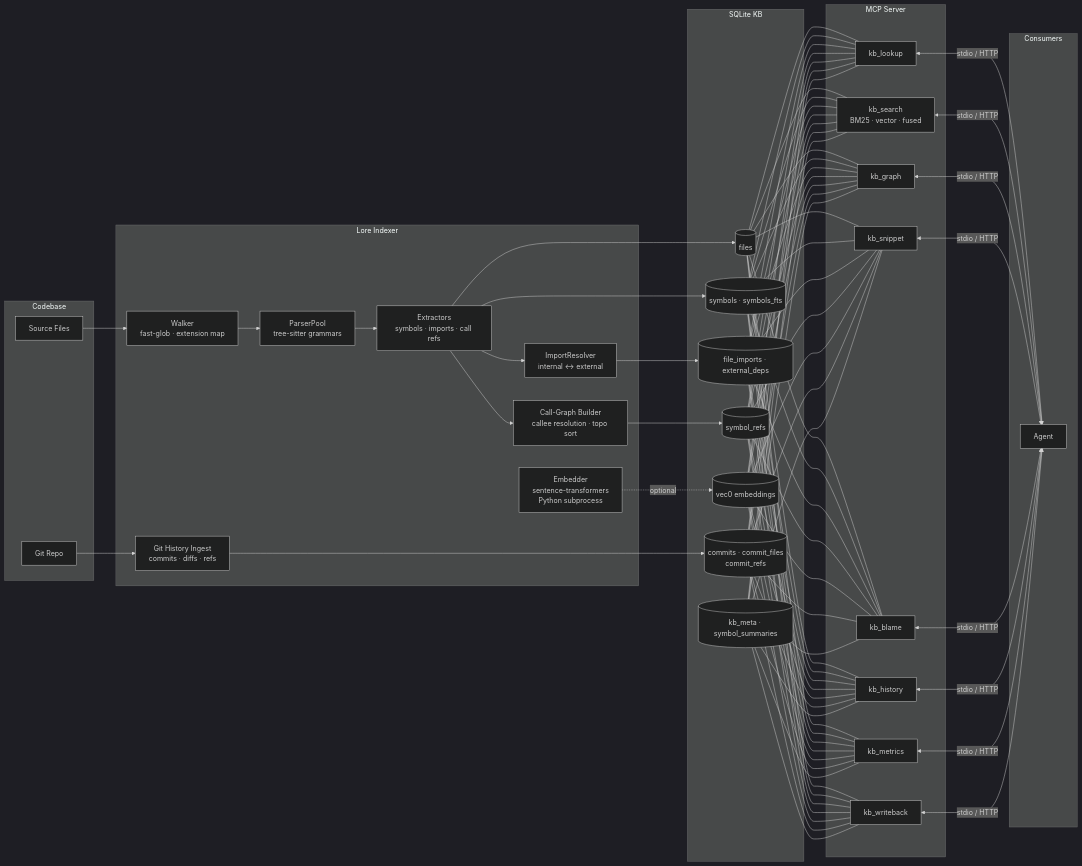
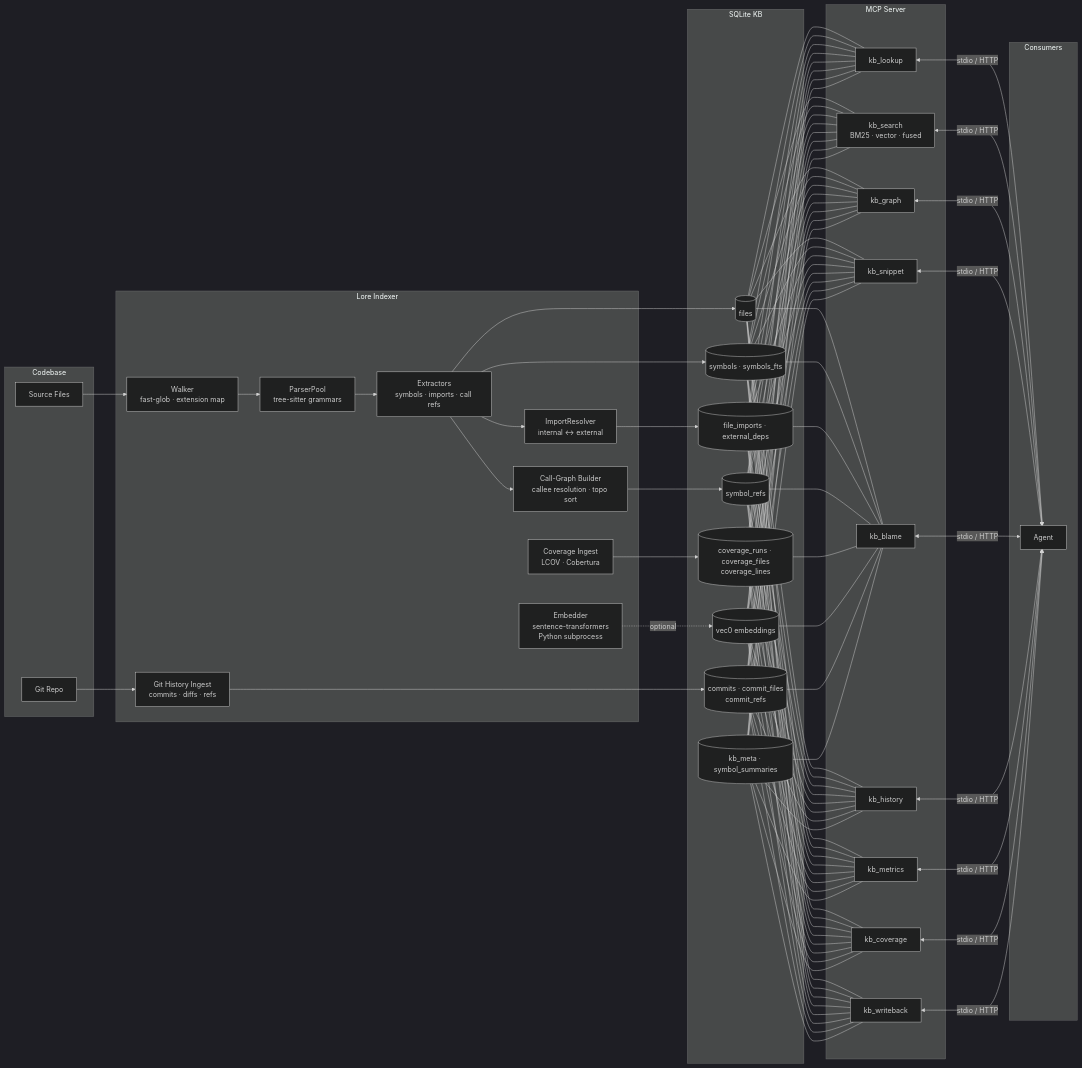
The diagram in docs/architecture.md (jafreck/Lore), drawn with Mermaid (dark theme) before and after one commit. The commit also changed other lines of this file and 21 other files, not shown here.

````diff
--- a/docs/architecture.md
+++ b/docs/architecture.md
@@ -7,53 +7,57 @@
 ```mermaid
 flowchart LR
     subgraph Codebase
         SRC[Source Files]
         GIT[Git Repo]
     end
 
     subgraph Lore Indexer
         WALK[Walker<br/>fast-glob · extension map]
         PARSE[ParserPool<br/>tree-sitter grammars]
         EXTRACT[Extractors<br/>symbols · imports · call refs]
         RESOLVE[ImportResolver<br/>internal ↔ external]
         CALLGRAPH[Call-Graph Builder<br/>callee resolution · topo sort]
+        COVER[Coverage Ingest<br/>LCOV · Cobertura]
         EMBED[Embedder<br/>sentence-transformers<br/>Python subprocess]
         GITHIST[Git History Ingest<br/>commits · diffs · refs]
     end
 
     subgraph SQLite KB
         FILES[(files)]
         SYM[(symbols · symbols_fts)]
         IMP[(file_imports · external_deps)]
         REFS[(symbol_refs)]
+        COV[(coverage_runs · coverage_files<br/>coverage_lines)]
         VEC[(vec0 embeddings)]
         HIST[(commits · commit_files<br/>commit_refs)]
         META[(kb_meta · symbol_summaries)]
     end
 
     subgraph MCP Server
         LOOKUP[kb_lookup]
         SEARCH[kb_search<br/>BM25 · vector · fused]
         GRAPH[kb_graph]
         SNIPPET[kb_snippet]
         BLAME[kb_blame]
         HISTORY[kb_history]
         METRICS[kb_metrics]
+        KB_COVERAGE[kb_coverage]
         WRITEBACK[kb_writeback]
     end
 
     subgraph Consumers
         AGENT[Agent]
     end
 
     SRC --> WALK --> PARSE --> EXTRACT
     EXTRACT --> RESOLVE --> IMP
     EXTRACT --> CALLGRAPH --> REFS
     EXTRACT --> FILES & SYM
+    COVER --> COV
     EMBED -.->|optional| VEC
     GIT --> GITHIST --> HIST
 
-    FILES & SYM & IMP & REFS & VEC & HIST & META --- LOOKUP & SEARCH & GRAPH & SNIPPET & BLAME & HISTORY & METRICS & WRITEBACK
+    FILES & SYM & IMP & REFS & COV & VEC & HIST & META --- LOOKUP & SEARCH & GRAPH & SNIPPET & BLAME & HISTORY & METRICS & KB_COVERAGE & WRITEBACK
 
-    LOOKUP & SEARCH & GRAPH & SNIPPET & BLAME & HISTORY & METRICS & WRITEBACK <-->|stdio / HTTP| AGENT
+    LOOKUP & SEARCH & GRAPH & SNIPPET & BLAME & HISTORY & METRICS & KB_COVERAGE & WRITEBACK <-->|stdio / HTTP| AGENT
 ```
````
